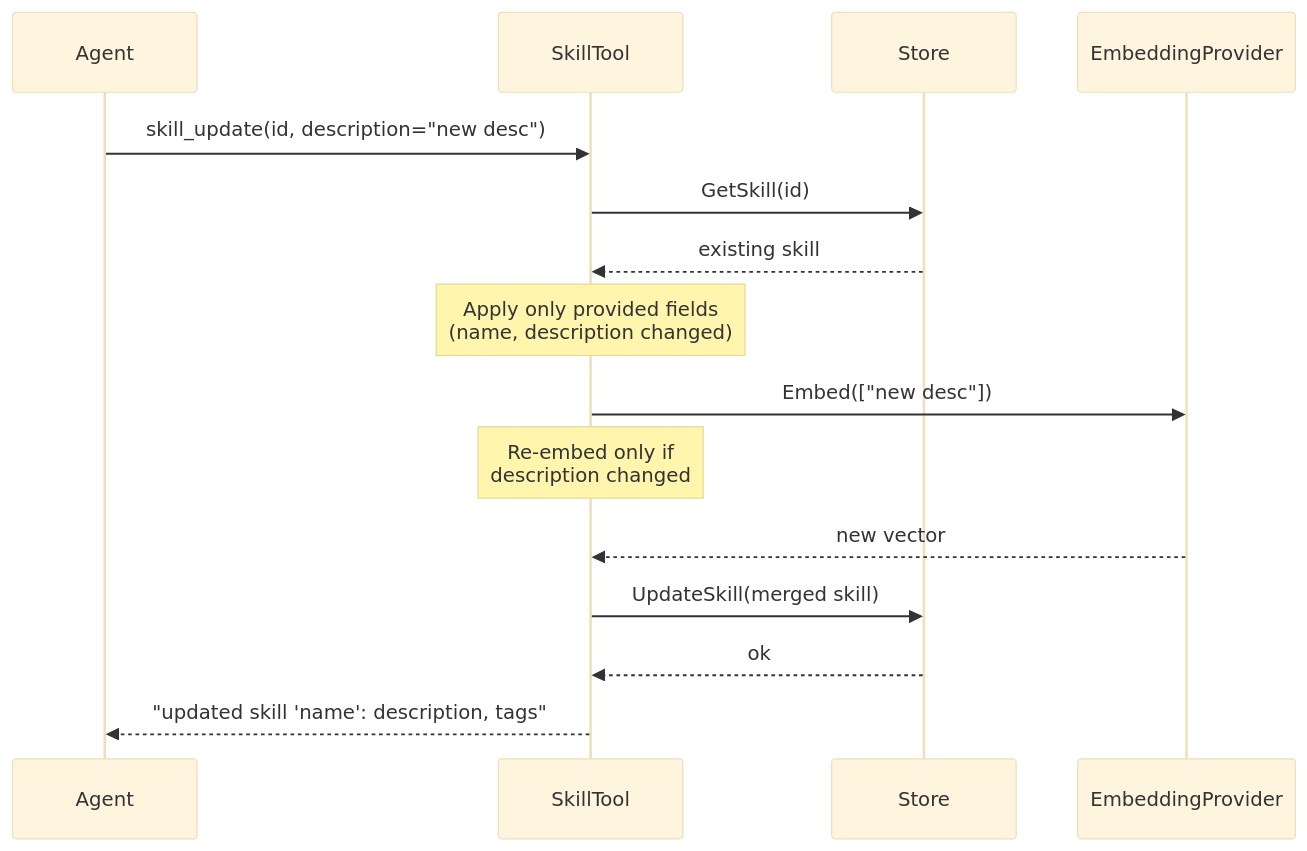
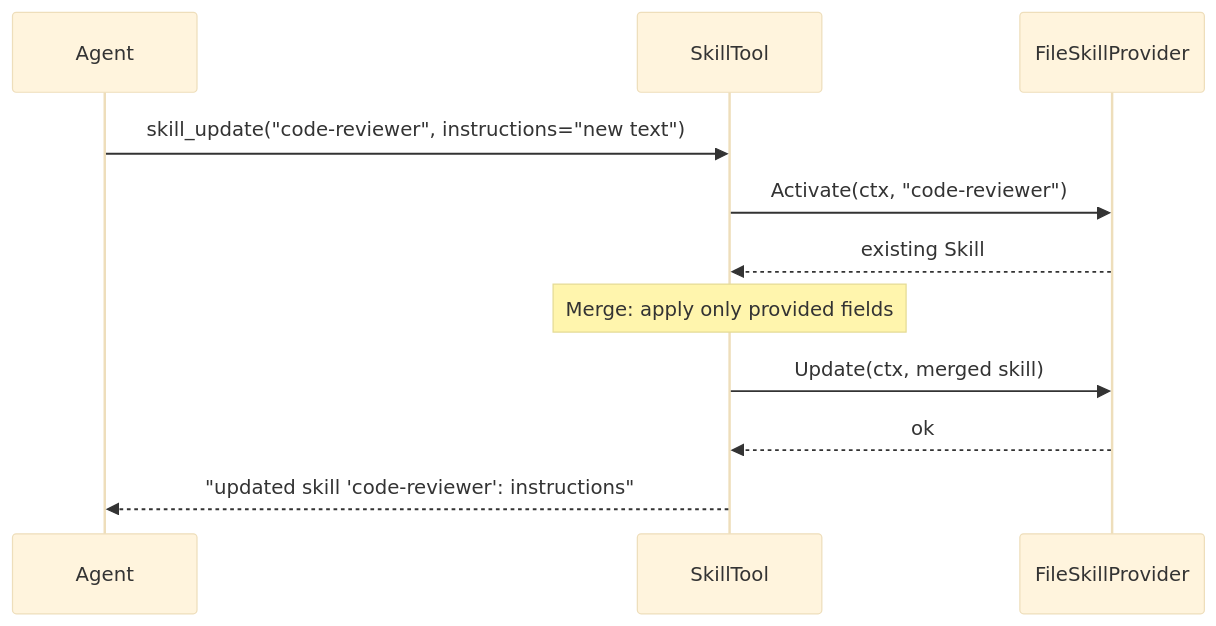
One commit to nevindra/oasis changed the fifth of 6 diagrams in docs/guides/skills.md. Above: the diagram before and after it, drawn with Mermaid (base theme). The commit also changed other lines of this file and 22 other files, not shown here.

First line of the commit message:
feat!: replace DB-backed skills with file-based SkillProvider

````diff
--- a/docs/guides/skills.md
+++ b/docs/guides/skills.md
@@ -195,18 +218,14 @@
 ```mermaid
 sequenceDiagram
     participant Agent
     participant SkillTool
-    participant Store
-    participant Embedding as EmbeddingProvider
+    participant Provider as FileSkillProvider
 
-    Agent->>SkillTool: skill_update(id, description="new desc")
-    SkillTool->>Store: GetSkill(id)
-    Store-->>SkillTool: existing skill
-    Note over SkillTool: Apply only provided fields<br>(name, description changed)
-    SkillTool->>Embedding: Embed(["new desc"])
-    Note over SkillTool: Re-embed only if<br>description changed
-    Embedding-->>SkillTool: new vector
-    SkillTool->>Store: UpdateSkill(merged skill)
-    Store-->>SkillTool: ok
-    SkillTool-->>Agent: "updated skill 'name': description, tags"
+    Agent->>SkillTool: skill_update("code-reviewer", instructions="new text")
+    SkillTool->>Provider: Activate(ctx, "code-reviewer")
+    Provider-->>SkillTool: existing Skill
+    Note over SkillTool: Merge: apply only provided fields
+    SkillTool->>Provider: Update(ctx, merged skill)
+    Provider-->>SkillTool: ok
+    SkillTool-->>Agent: "updated skill 'code-reviewer': instructions"
 ```
````
